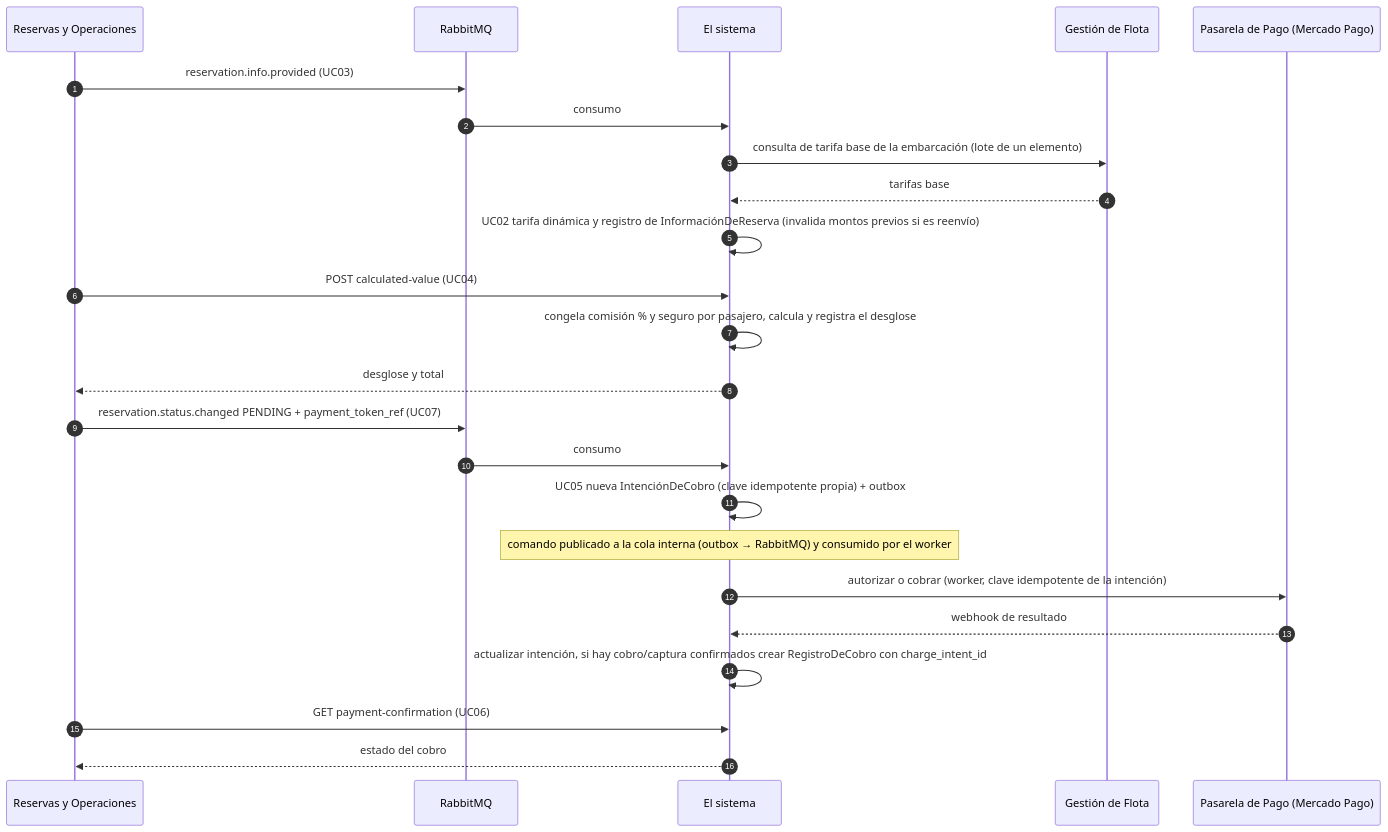
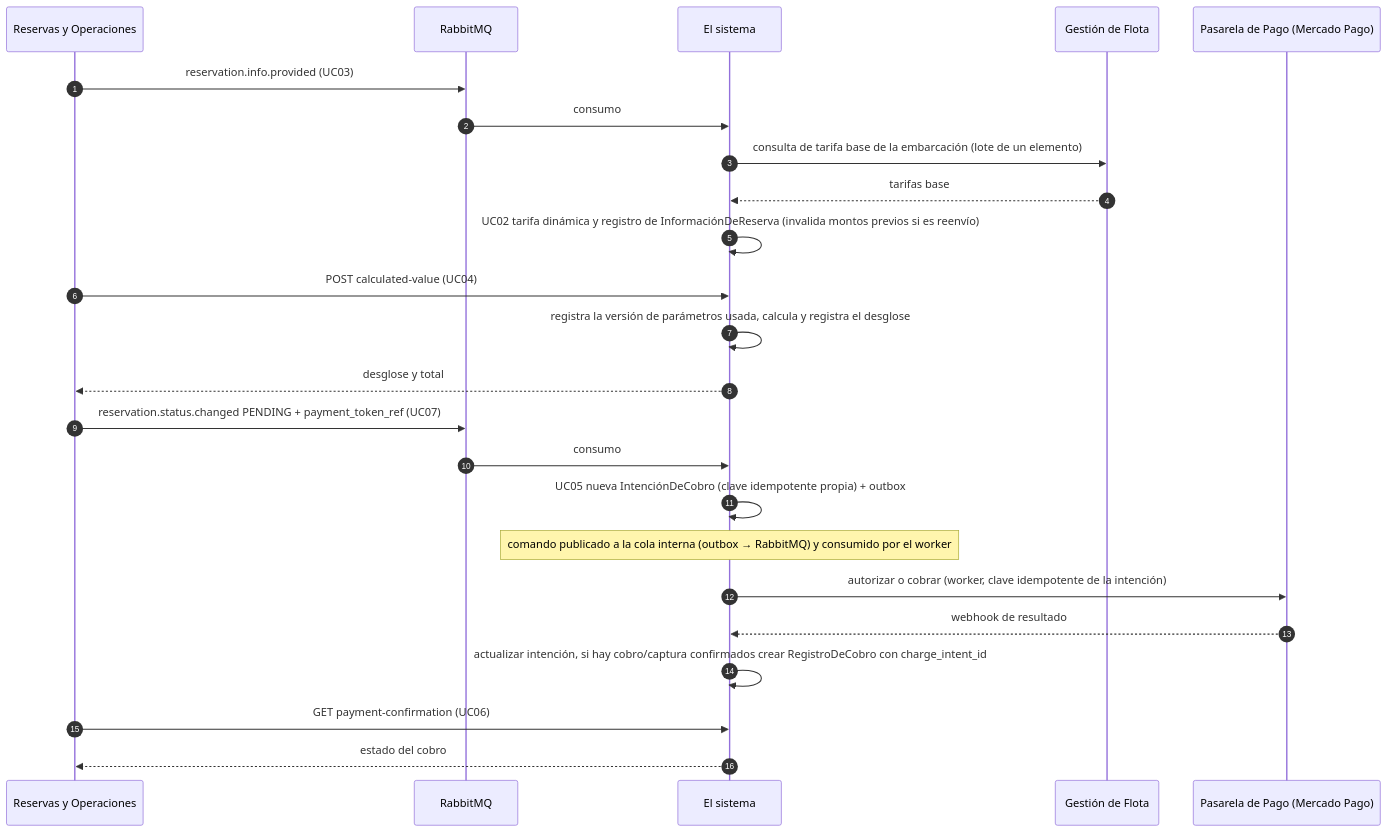
The third of 3 diagrams in docs/technical-plan/general-plan.md (SebasTK2008/SeaShare_Modulo_3), drawn with Mermaid before and after one commit. The commit also changed other lines of this file and 34 other files, not shown here.

````diff
--- a/docs/technical-plan/general-plan.md
+++ b/docs/technical-plan/general-plan.md
@@ -476,27 +478,27 @@
 ```mermaid
 sequenceDiagram
   autonumber
   participant M2 as Reservas y Operaciones
   participant MQ as RabbitMQ
   participant F as El sistema
   participant M1 as Gestión de Flota
   participant PG as Pasarela de Pago (Mercado Pago)
 
   M2->>MQ: reservation.info.provided (UC03)
   MQ->>F: consumo
   F->>M1: consulta de tarifa base de la embarcación (lote de un elemento)
   M1-->>F: tarifas base
   F->>F: UC02 tarifa dinámica y registro de InformaciónDeReserva (invalida montos previos si es reenvío)
   M2->>F: POST calculated-value (UC04)
-  F->>F: congela comisión % y seguro por pasajero, calcula y registra el desglose
+  F->>F: registra la versión de parámetros usada, calcula y registra el desglose
   F-->>M2: desglose y total
   M2->>MQ: reservation.status.changed PENDING + payment_token_ref (UC07)
   MQ->>F: consumo
   F->>F: UC05 nueva IntenciónDeCobro (clave idempotente propia) + outbox
   Note over F: comando publicado a la cola interna (outbox → RabbitMQ) y consumido por el worker
   F->>PG: autorizar o cobrar (worker, clave idempotente de la intención)
   PG-->>F: webhook de resultado
   F->>F: actualizar intención, si hay cobro/captura confirmados crear RegistroDeCobro con charge_intent_id
   M2->>F: GET payment-confirmation (UC06)
   F-->>M2: estado del cobro
 ```
````
